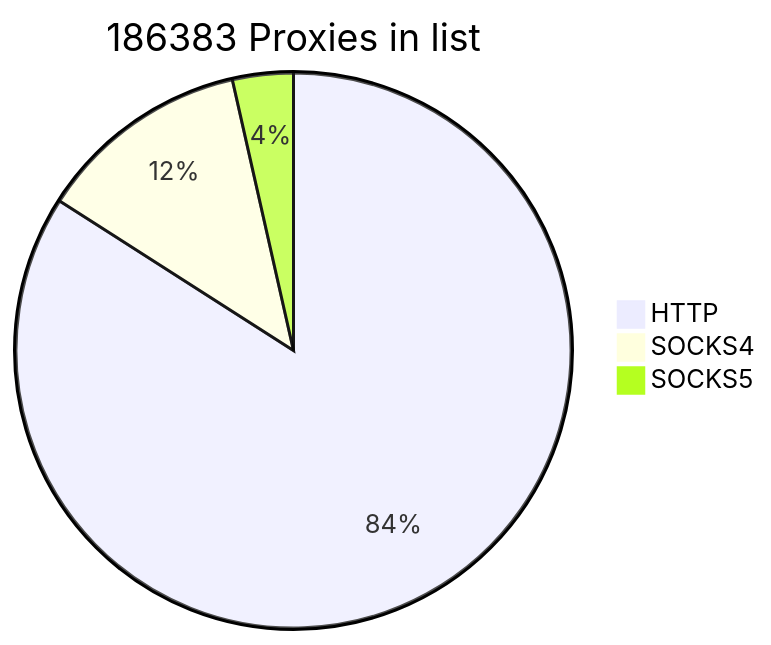
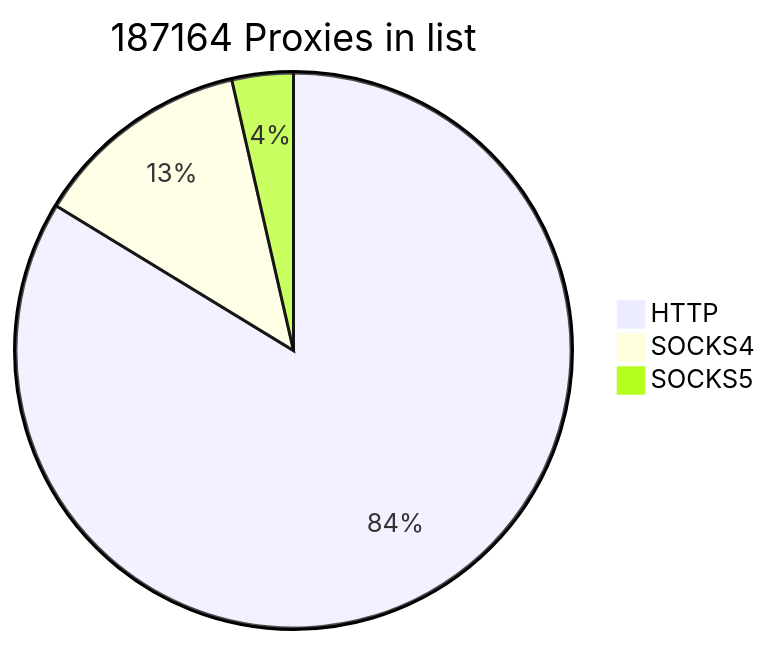
One commit to cutipu/proxylist changed the first of 2 diagrams in README.md. Above: the diagram before and after it, drawn with Mermaid. The commit also changed other lines of this file, not shown here.

````diff
--- a/README.md
+++ b/README.md
@@ -2,7 +2,7 @@
 ```mermaid
-pie title 186383 Proxies in list
-    "HTTP" : 156663
-    "SOCKS4" : 23132
-    "SOCKS5" : 6588
+pie title 187164 Proxies in list
+    "HTTP" : 156684
+    "SOCKS4" : 23800
+    "SOCKS5" : 6680
             
 ```
````
